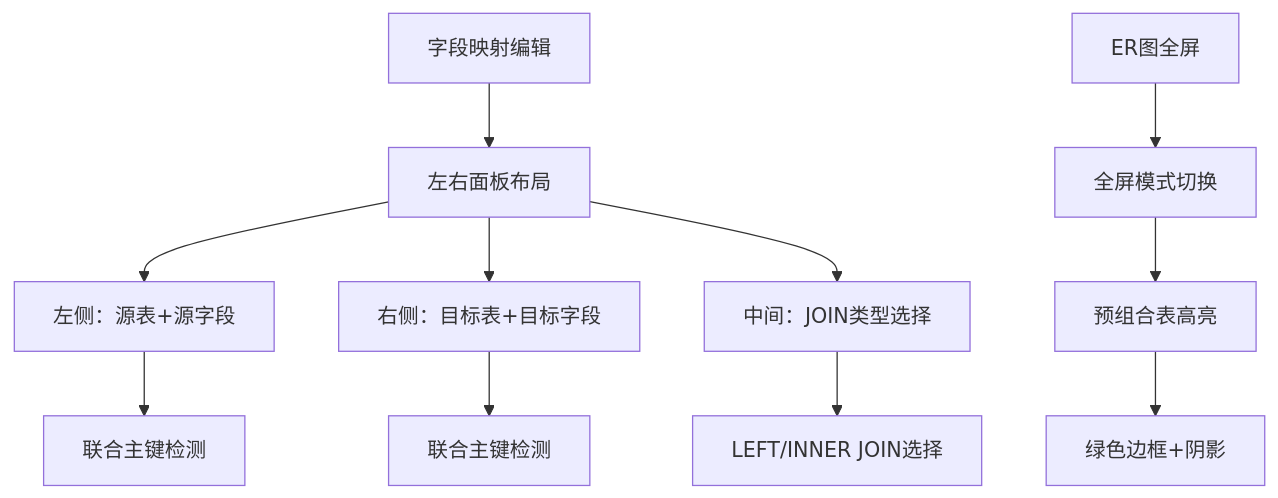
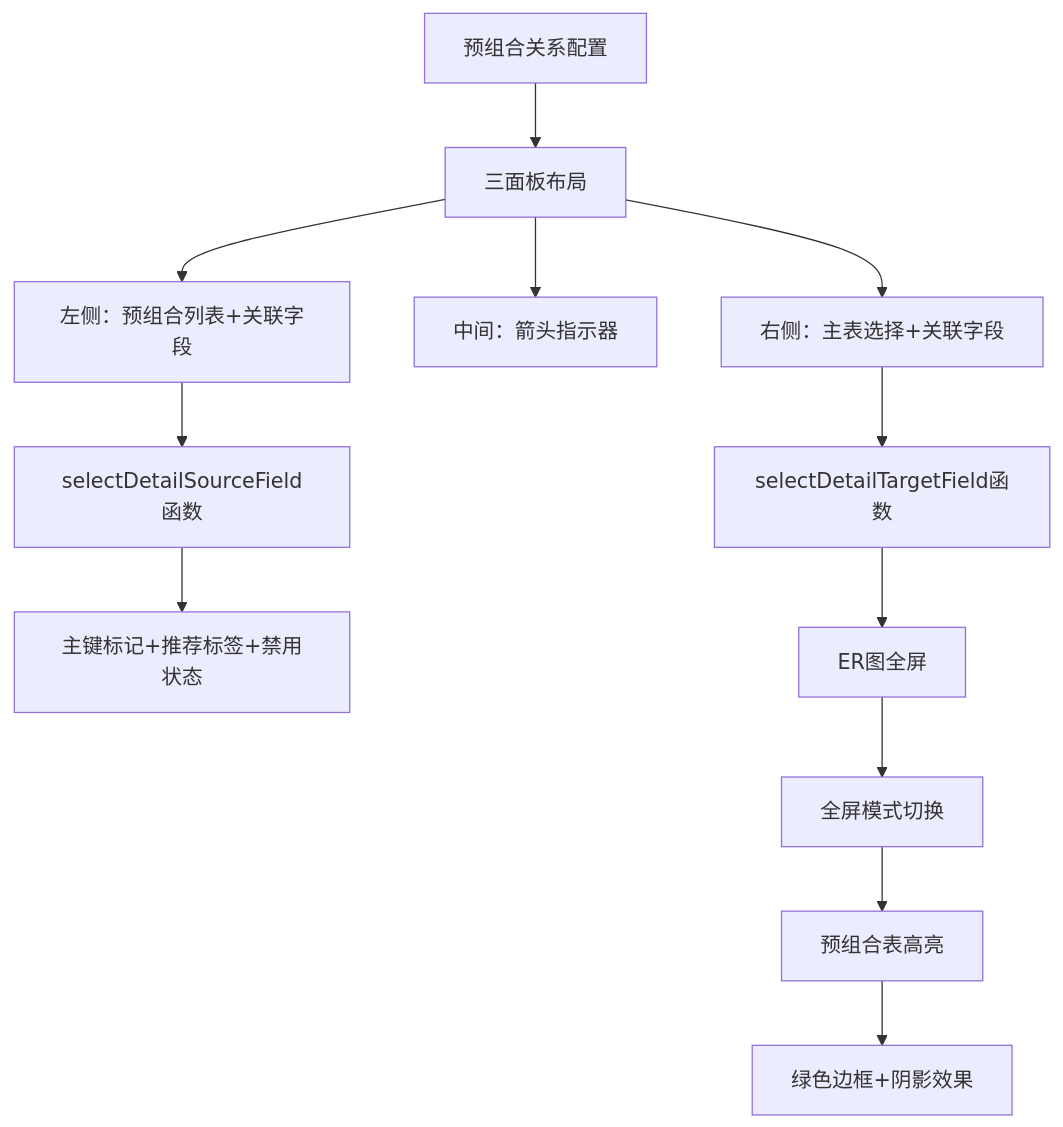
One commit to zyp-coder/Metadata changed the fifth of 7 diagrams in .qoder/repowiki/zh/content/前端组件/前端组件.md. Above: the diagram before and after it, drawn with Mermaid. The commit also changed other lines of this file and 33 other files, not shown here.

````diff
--- a/.qoder/repowiki/zh/content/前端组件/前端组件.md
+++ b/.qoder/repowiki/zh/content/前端组件/前端组件.md
@@ -325,13 +332,14 @@
 ```mermaid
 flowchart TD
-A["字段映射编辑"] --> B["左右面板布局"]
-B --> C["左侧：源表+源字段"]
-B --> D["右侧：目标表+目标字段"]
-B --> E["中间：JOIN类型选择"]
-C --> F["联合主键检测"]
-D --> G["联合主键检测"]
-E --> H["LEFT/INNER JOIN选择"]
+A["预组合关系配置"] --> B["三面板布局"]
+B --> C["左侧：预组合列表+关联字段"]
+B --> D["中间：箭头指示器"]
+B --> E["右侧：主表选择+关联字段"]
+C --> F["selectDetailSourceField函数"]
+E --> G["selectDetailTargetField函数"]
+F --> H["主键标记+推荐标签+禁用状态"]
+G --> I["主键验证+视觉反馈"]
 I["ER图全屏"] --> J["全屏模式切换"]
 J --> K["预组合表高亮"]
-K --> L["绿色边框+阴影"]
+K --> L["绿色边框+阴影效果"]
 ```
````
